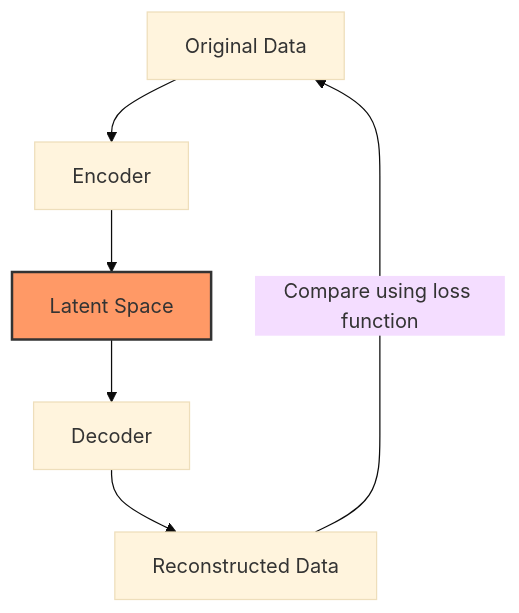
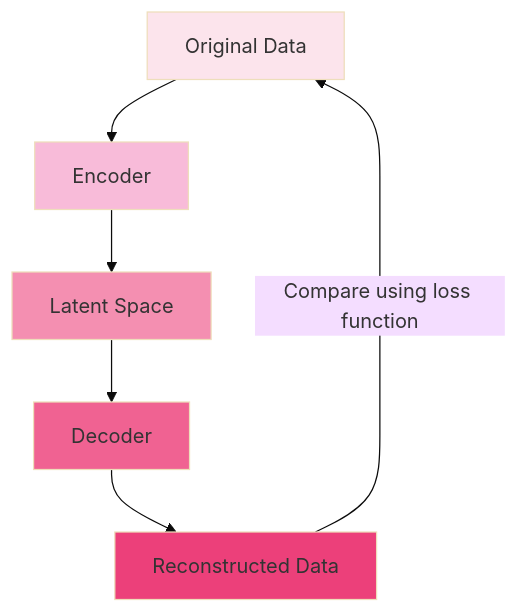
The second of 6 diagrams in C_4.md (Chaklader/landmark-classification-cnn), drawn with Mermaid (base theme) before and after one commit. The commit also changed other lines of this file, not shown here.

````diff
--- a/C_4.md
+++ b/C_4.md
@@ -365,9 +367,13 @@
 ```mermaid
 graph TD
     A[Original Data] --> B[Encoder]
     B --> C[Latent Space]
     C --> D[Decoder]
     D --> E[Reconstructed Data]
     E -- "Compare using loss function" --> A
-    style C fill:#f96,stroke:#333,stroke-width:2px
+    style A fill:#FCE4EC
+    style B fill:#F8BBD9
+    style C fill:#F48FB1
+    style D fill:#F06292
+    style E fill:#EC407A
 ```
````
